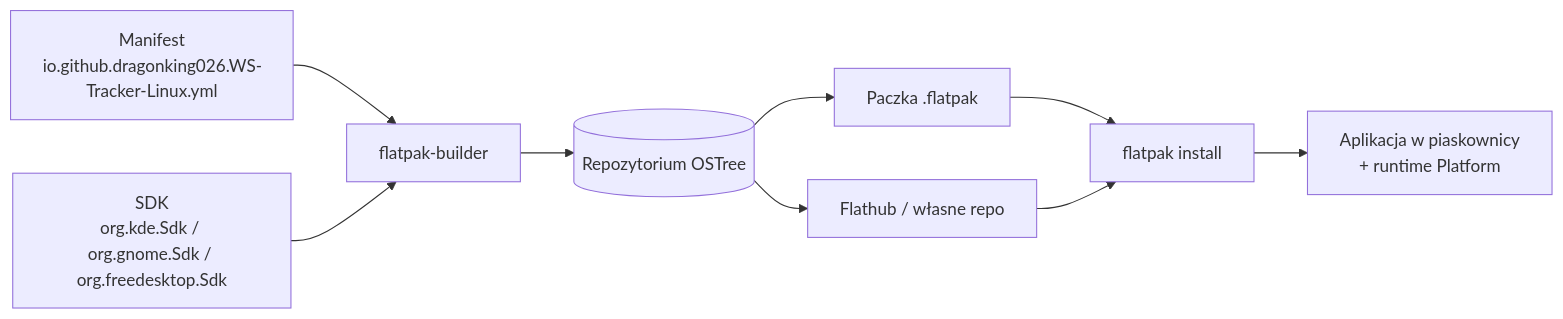
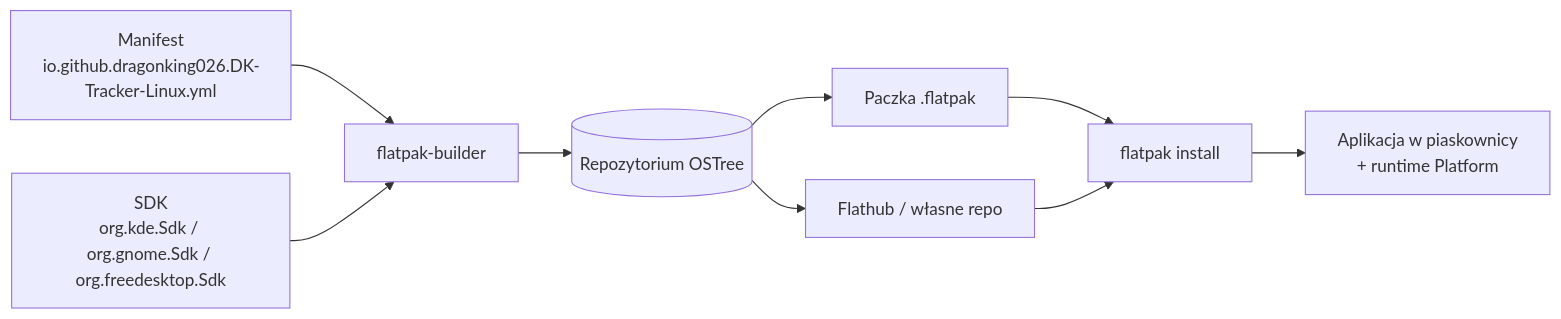
Before and after one commit to DragonKing026/DK-Tracker-Linux: the diagram in docs/integracje/flatpak.md, drawn with Mermaid. The commit also changed other lines of this file and 73 other files, not shown here.

Commit message:
docs: nazwa DK Tracker, repozytorium DK-Tracker-Linux, nowy zrzut okna

````diff
--- a/docs/integracje/flatpak.md
+++ b/docs/integracje/flatpak.md
@@ -19,11 +19,11 @@
 ```mermaid
 flowchart LR
-    M[Manifest<br/>io.github.dragonking026.WS-Tracker-Linux.yml] --> FB[flatpak-builder]
+    M[Manifest<br/>io.github.dragonking026.DK-Tracker-Linux.yml] --> FB[flatpak-builder]
     SDK[SDK<br/>org.kde.Sdk / org.gnome.Sdk / org.freedesktop.Sdk] --> FB
     FB --> R[(Repozytorium OSTree)]
     R --> B[Paczka .flatpak]
     R --> FH[Flathub / własne repo]
     B --> I[flatpak install]
     FH --> I
     I --> RUN[Aplikacja w piaskownicy<br/>+ runtime Platform]
 ```
````
